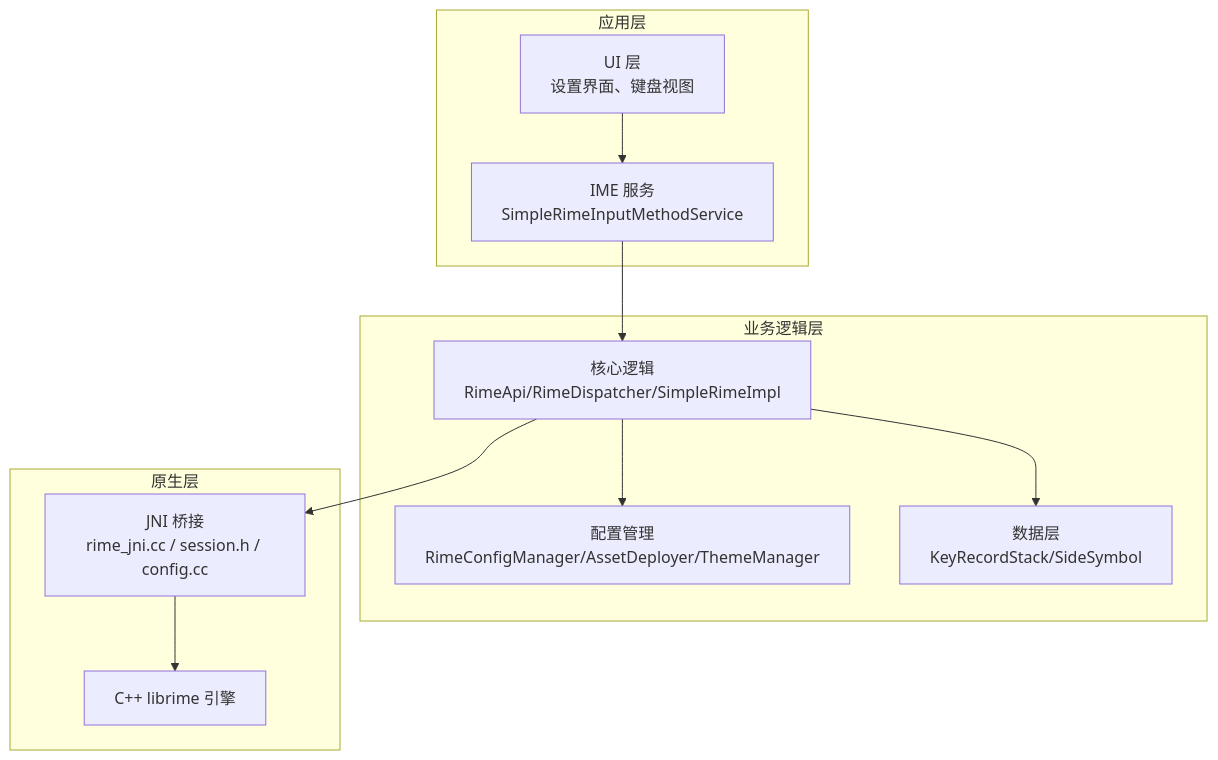
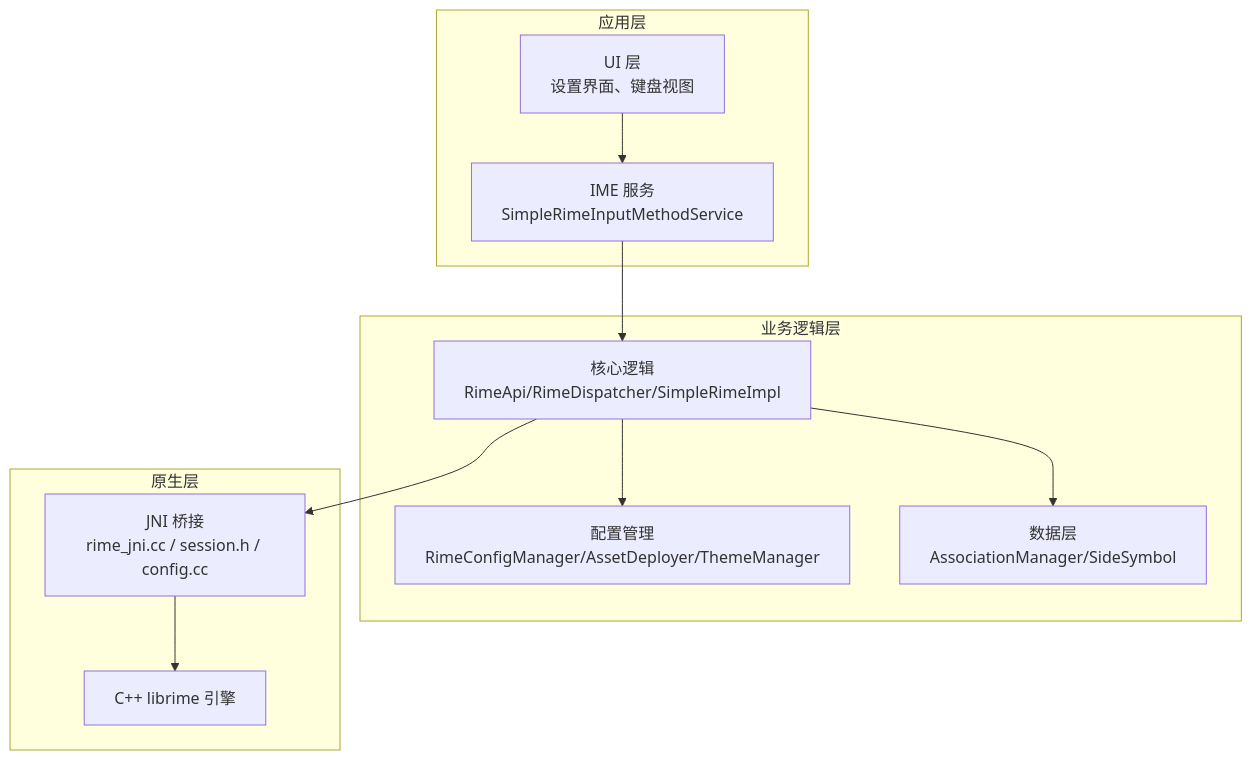
The first of 8 diagrams in .qoder/repowiki/zh/content/项目概览/架构概览.md (qiaodashaoye/ziyou-ime), drawn with Mermaid before and after one commit. The commit also changed other lines of this file and 11 other files, not shown here.

````diff
--- a/.qoder/repowiki/zh/content/项目概览/架构概览.md
+++ b/.qoder/repowiki/zh/content/项目概览/架构概览.md
@@ -65,22 +73,22 @@
 ```mermaid
 graph TB
 subgraph "应用层"
 UI["UI 层<br/>设置界面、键盘视图"]
 Service["IME 服务<br/>SimpleRimeInputMethodService"]
 end
 subgraph "业务逻辑层"
 Core["核心逻辑<br/>RimeApi/RimeDispatcher/SimpleRimeImpl"]
 Config["配置管理<br/>RimeConfigManager/AssetDeployer/ThemeManager"]
-Data["数据层<br/>KeyRecordStack/SideSymbol"]
+Data["数据层<br/>AssociationManager/SideSymbol"]
 end
 subgraph "原生层"
 JNI["JNI 桥接<br/>rime_jni.cc / session.h / config.cc"]
 Librime["C++ librime 引擎"]
 end
 UI --> Service
 Service --> Core
 Core --> Config
 Core --> Data
 Core --> JNI
 JNI --> Librime
 ```
````
